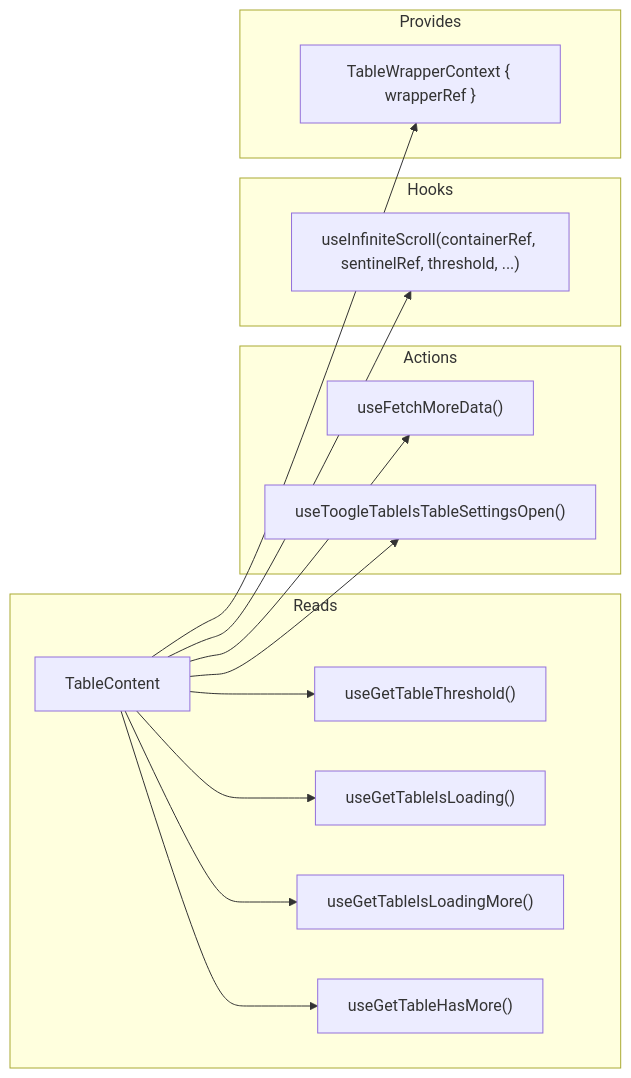
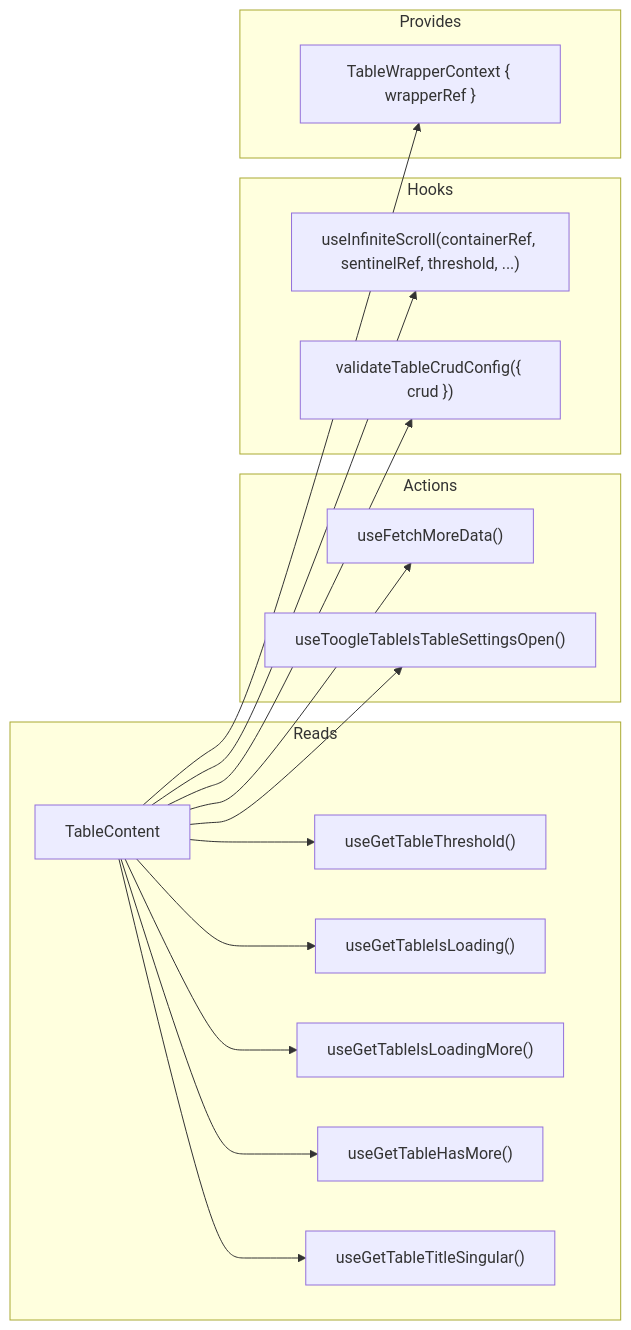
The second of 2 diagrams in packages/ui/src/components/Table/TableContent/ARCHITECTURE.md (luciocabrera/lcabrera-stack), drawn with Mermaid before and after one commit. The commit also changed other lines of this file and 31 other files, not shown here.

First line of the commit message:
feat: add fallow ingestion types and schemas

````diff
--- a/packages/ui/src/components/Table/TableContent/ARCHITECTURE.md
+++ b/packages/ui/src/components/Table/TableContent/ARCHITECTURE.md
@@ -48,22 +49,24 @@
 ```mermaid
 graph LR
   subgraph "Reads"
     TC["TableContent"] --> threshold["useGetTableThreshold()"]
     TC --> isLoading["useGetTableIsLoading()"]
     TC --> isLoadingMore["useGetTableIsLoadingMore()"]
     TC --> hasMore["useGetTableHasMore()"]
+    TC --> titleSingular["useGetTableTitleSingular()"]
   end
 
   subgraph "Actions"
     TC --> fetchMore["useFetchMoreData()"]
     TC --> toggleSettings["useToogleTableIsTableSettingsOpen()"]
   end
 
   subgraph "Hooks"
     TC --> scroll["useInfiniteScroll(containerRef, sentinelRef, threshold, ...)"]
+    TC --> validateCrud["validateTableCrudConfig({ crud })"]
   end
 
   subgraph "Provides"
     TC --> wrapperCtx["TableWrapperContext { wrapperRef }"]
   end
 ```
````
